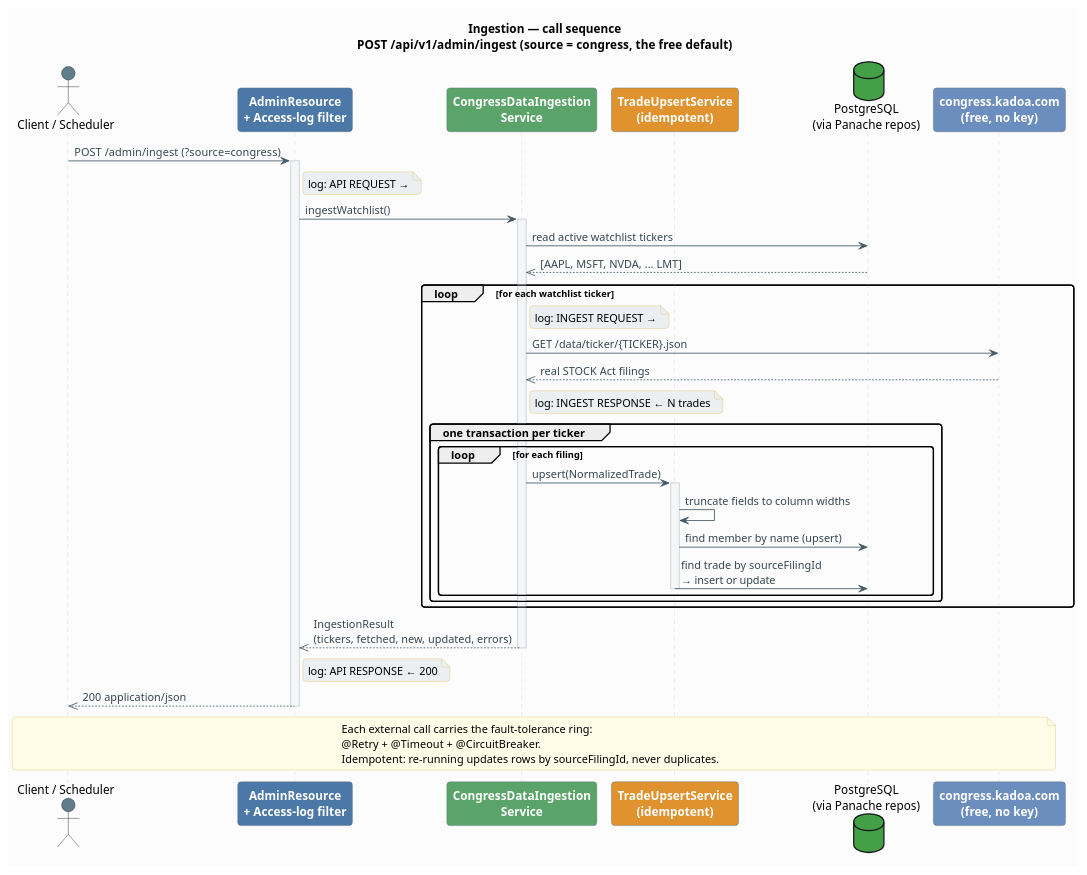
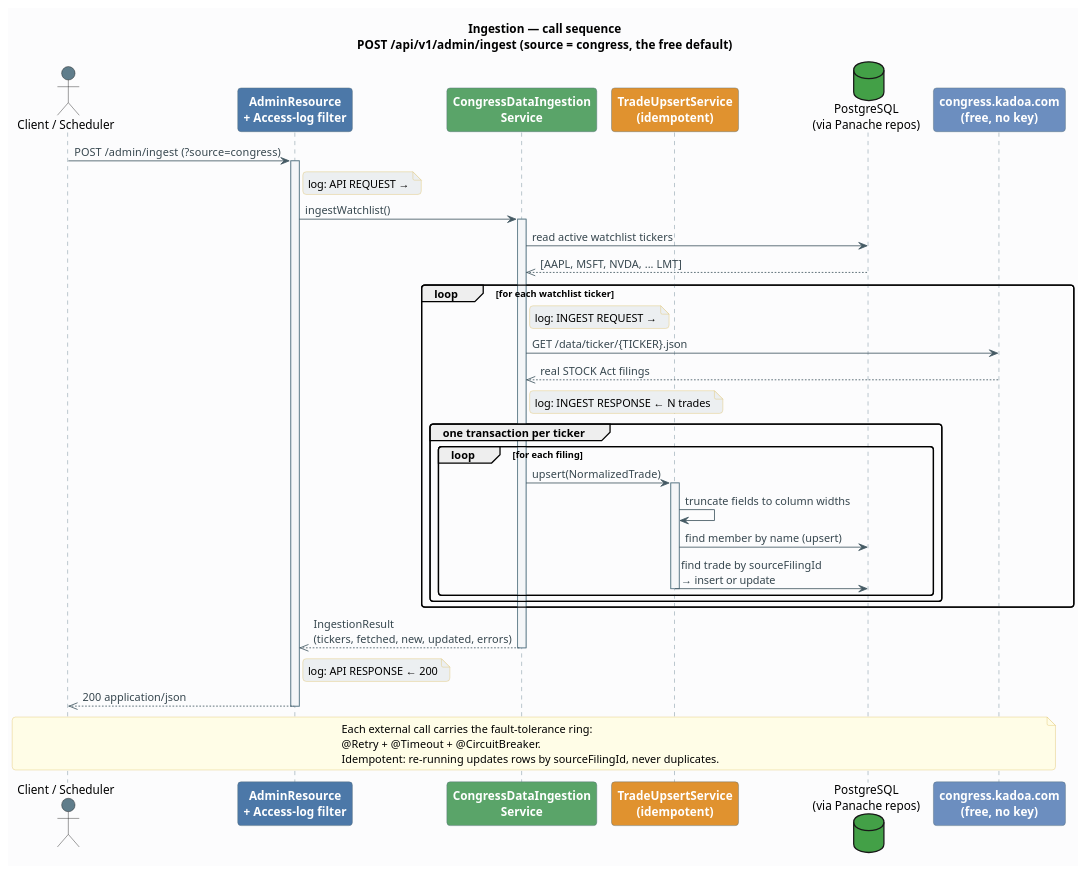
The diagram in docs/sequence-ingestion.puml (ksktechai/congress-trade-watcher), drawn with PlantUML before and after one commit. The commit also changed 7 other files, not shown here.

First line of the commit message:
Make sequence-diagram lifelines clearly visible

```diff
--- a/docs/sequence-ingestion.puml
+++ b/docs/sequence-ingestion.puml
@@ -1,64 +1,65 @@
 @startuml ingestion-sequence
 title Ingestion — call sequence\nPOST /api/v1/admin/ingest  (source = congress, the free default)
 
 skinparam backgroundColor #FCFCFD
 skinparam shadowing false
 skinparam roundcorner 8
 skinparam ArrowColor #455A64
 skinparam ArrowFontColor #37474F
-skinparam sequenceLifeLineBorderColor #CFD8DC
+skinparam sequenceLifeLineBorderColor #607D8B
+skinparam sequenceLifeLineBorderThickness 2
 skinparam sequenceLifeLineBackgroundColor #F4F6F8
 skinparam noteBackgroundColor #FFF8E1
 skinparam noteBorderColor #E0C46C
 skinparam participant {
   BorderColor #546E7A
   FontColor #FFFFFF
   FontStyle bold
 }
 
 actor "Client / Scheduler" as C #607D8B
 participant "AdminResource\n+ Access-log filter" as API #4C78A8
 participant "CongressDataIngestion\nService" as ING #5AA469
 participant "TradeUpsertService\n(idempotent)" as UP #E0922F
 database "PostgreSQL\n(via Panache repos)" as DB #43A047
 participant "congress.kadoa.com\n(free, no key)" as SRC #6C8EBF
 
 C -> API: POST /admin/ingest  (?source=congress)
 activate API
 note right of API #ECEFF1: log: API REQUEST →
 
 API -> ING: ingestWatchlist()
 activate ING
 ING -> DB: read active watchlist tickers
 DB -->> ING: [AAPL, MSFT, NVDA, ... LMT]
 
 loop for each watchlist ticker
   note right of ING #ECEFF1: log: INGEST REQUEST →
   ING -> SRC: GET /data/ticker/{TICKER}.json
   SRC -->> ING: real STOCK Act filings
   note right of ING #ECEFF1: log: INGEST RESPONSE ← N trades
 
   group one transaction per ticker
     loop for each filing
       ING -> UP: upsert(NormalizedTrade)
       activate UP
       UP -> UP: truncate fields to column widths
       UP -> DB: find member by name (upsert)
       UP -> DB: find trade by sourceFilingId\n→ insert or update
       deactivate UP
     end
   end
 end
 
 ING -->> API: IngestionResult\n(tickers, fetched, new, updated, errors)
 deactivate ING
 note right of API #ECEFF1: log: API RESPONSE ← 200
 API -->> C: 200 application/json
 deactivate API
 
 note across #FFFDE7
   Each external call carries the fault-tolerance ring:
   @Retry + @Timeout + @CircuitBreaker.
   Idempotent: re-running updates rows by sourceFilingId, never duplicates.
 end note
 @enduml
```
